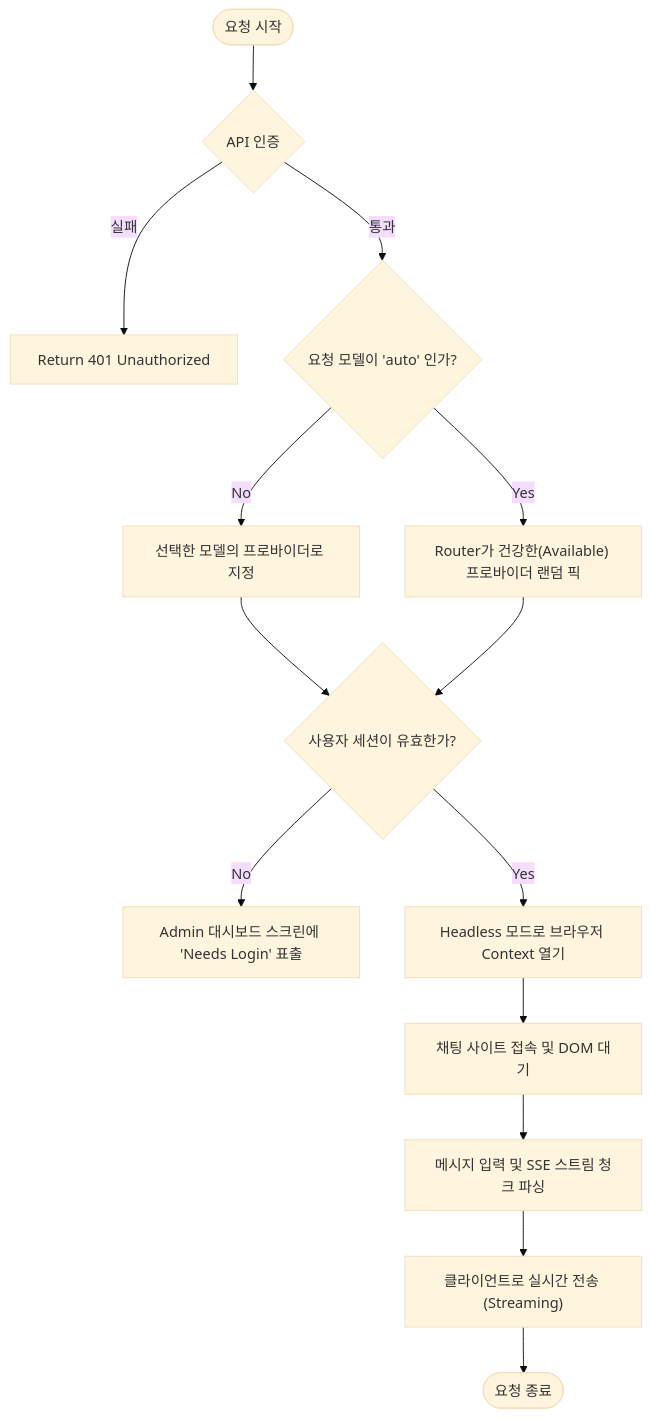
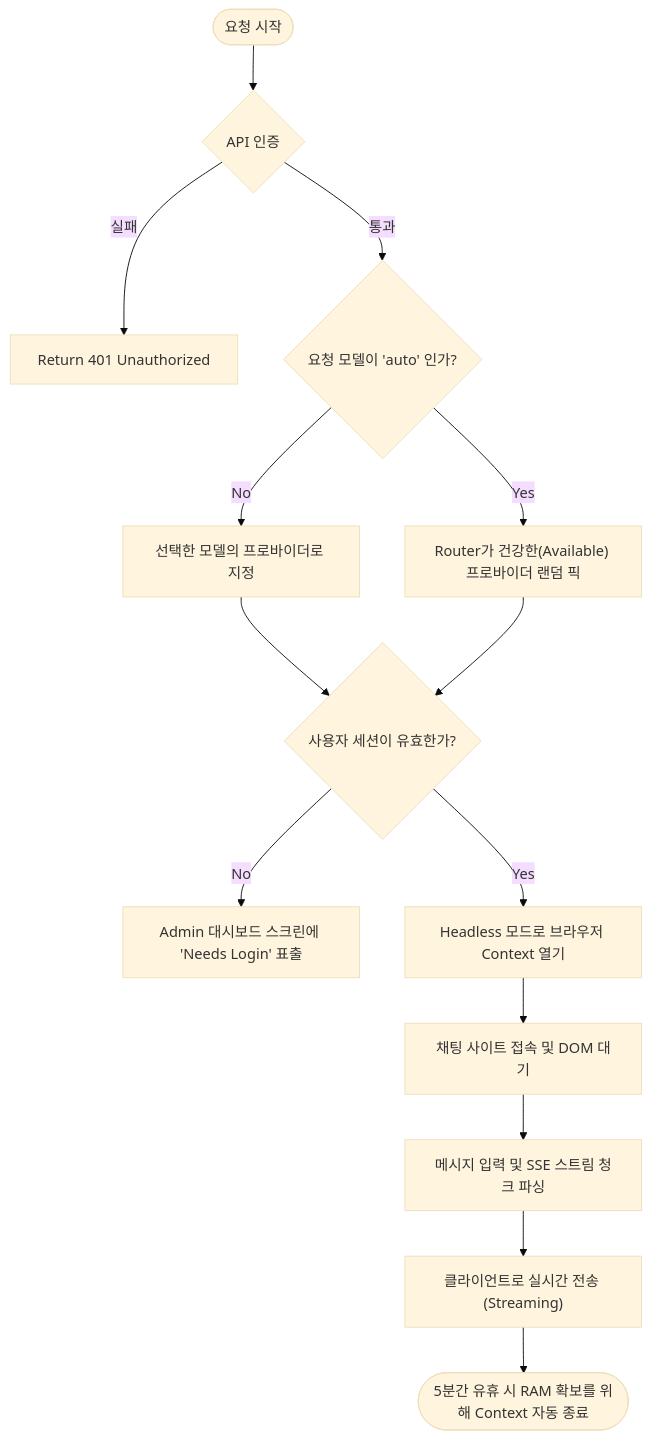
The second of 2 diagrams in README_KR.md (4lph4-dvlp/proXiPT), drawn with Mermaid (base theme) before and after one commit. The commit also changed other lines of this file and 1 other file, not shown here.

````diff
--- a/README_KR.md
+++ b/README_KR.md
@@ -84,16 +84,16 @@
 ```mermaid
 flowchart TD
     A([요청 시작]) --> B{API 인증}
     B -- 실패 --> C["Return 401 Unauthorized"]
     B -- 통과 --> D{"요청 모델이 'auto' 인가?"}
     D -- Yes --> E["Router가 건강한(Available) 프로바이더 랜덤 픽"]
     D -- No --> F["선택한 모델의 프로바이더로 지정"]
     F --> G{"사용자 세션이 유효한가?"}
     E --> G
     G -- No --> H["Admin 대시보드 스크린에 'Needs Login' 표출"]
     G -- Yes --> I["Headless 모드로 브라우저 Context 열기"]
     I --> J["채팅 사이트 접속 및 DOM 대기"]
     J --> K["메시지 입력 및 SSE 스트림 청크 파싱"]
     K --> L["클라이언트로 실시간 전송 (Streaming)"]
-    L --> M([요청 종료])
+    L --> M([5분간 유휴 시 RAM 확보를 위해 Context 자동 종료])
 ```
````
